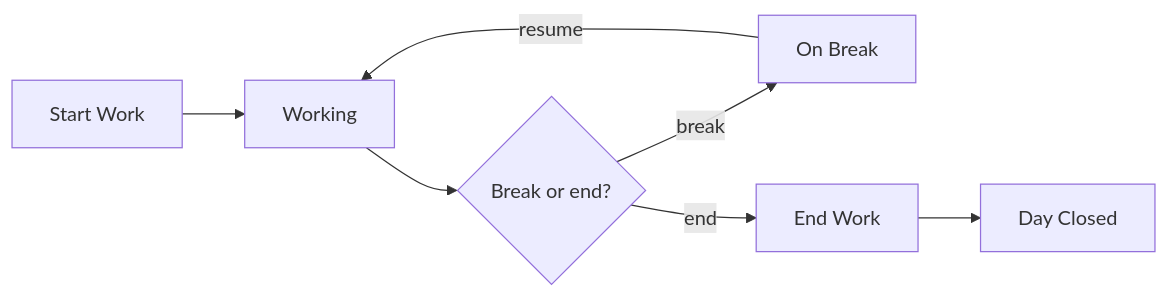
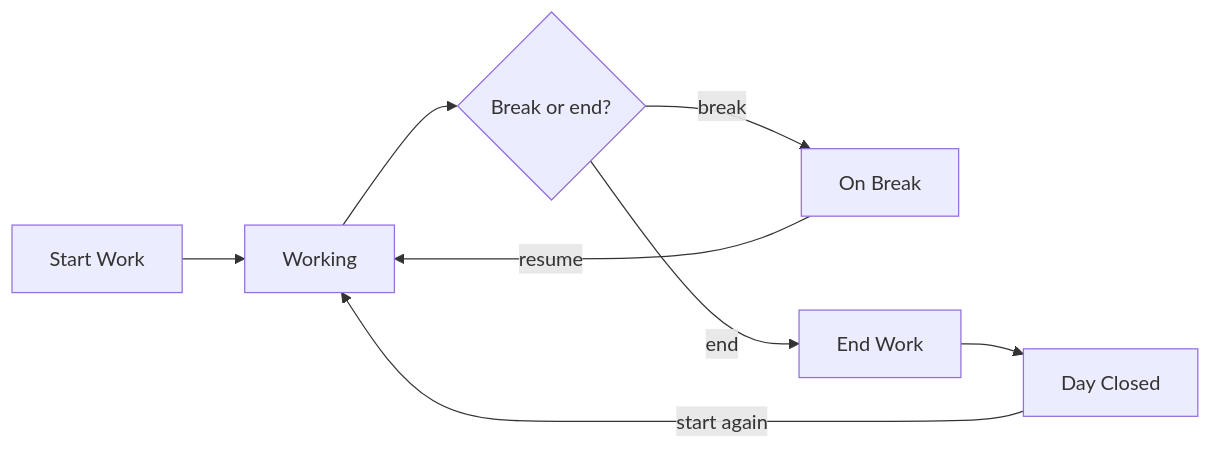
Before and after one commit to jramal/WorkPulse: the second of 2 diagrams in docs/CRS.md, drawn with Mermaid. The commit also changed other lines of this file, not shown here.

````diff
--- a/docs/CRS.md
+++ b/docs/CRS.md
@@ -162,9 +173,10 @@
 ```mermaid
 flowchart LR
     A[Start Work] --> B[Working]
     B --> C{Break or end?}
     C -->|break| D[On Break]
     D -->|resume| B
     C -->|end| E[End Work]
     E --> F[Day Closed]
+    F -->|start again| B
 ```
````
